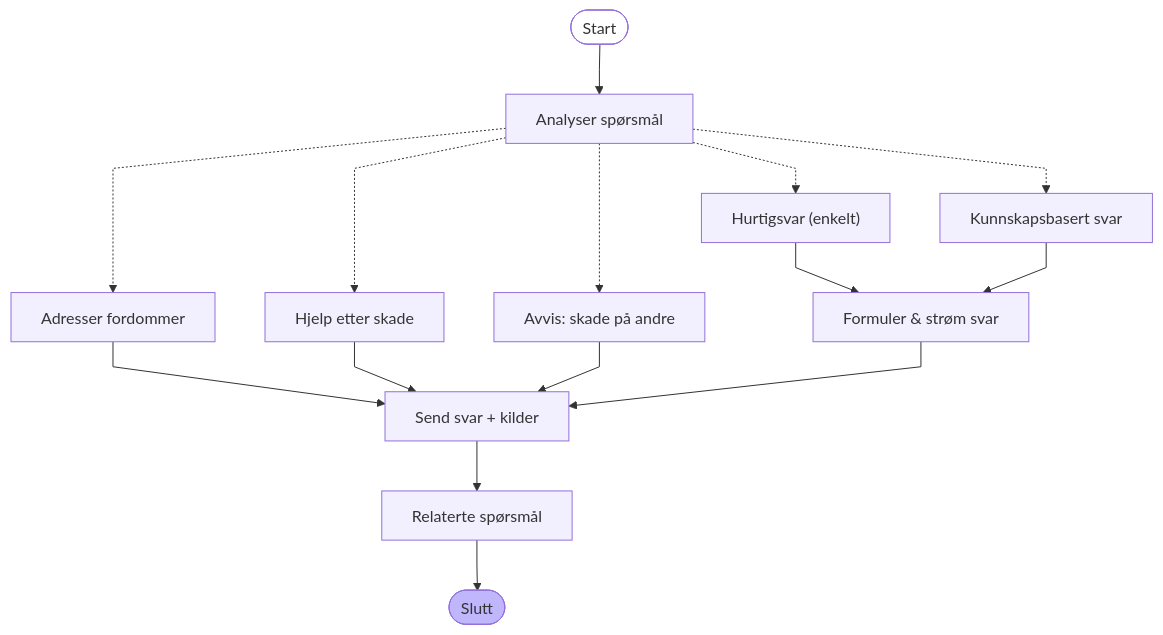
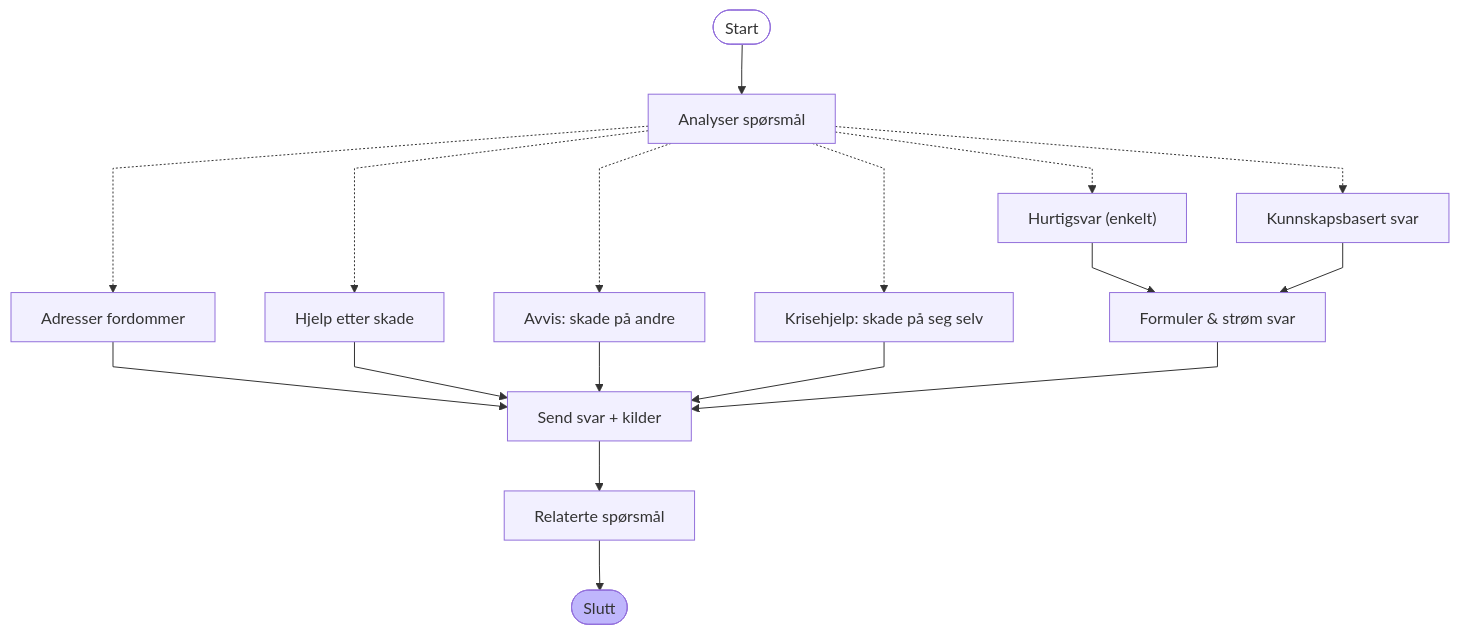
The diagram in docs/graph.no.mmd (cgoul-code/helsesvar-chatbot-server-mini), drawn with Mermaid before and after one commit. The commit also changed 28 other files, not shown here.

```diff
--- a/docs/graph.no.mmd
+++ b/docs/graph.no.mmd
@@ -1,34 +1,37 @@
 ---
 config:
   flowchart:
     curve: linear
 ---
 graph TD;
 	__start__([<p>Start</p>]):::first
 	analyze_query["Analyser spørsmål"]
 	fast_single["Hurtigsvar (enkelt)"]
 	query_grounded["Kunnskapsbasert svar"]
 	synthesize_style_stream["Formuler &amp; strøm svar"]
 	emit_query_answer_references["Send svar + kilder"]
 	related_queries_dialog_from_query["Relaterte spørsmål"]
 	refuse_harm_to_others["Avvis: skade på andre"]
 	help_after_harm["Hjelp etter skade"]
 	address_prejudice["Adresser fordommer"]
+	respond_self_harm["Krisehjelp: skade på seg selv"]
 	__end__([<p>Slutt</p>]):::last
 	__start__ --> analyze_query;
 	address_prejudice --> emit_query_answer_references;
 	analyze_query -.-> address_prejudice;
 	analyze_query -.-> fast_single;
 	analyze_query -.-> help_after_harm;
 	analyze_query -.-> query_grounded;
 	analyze_query -.-> refuse_harm_to_others;
+	analyze_query -.-> respond_self_harm;
 	emit_query_answer_references --> related_queries_dialog_from_query;
 	fast_single --> synthesize_style_stream;
 	help_after_harm --> emit_query_answer_references;
 	query_grounded --> synthesize_style_stream;
 	refuse_harm_to_others --> emit_query_answer_references;
+	respond_self_harm --> emit_query_answer_references;
 	synthesize_style_stream --> emit_query_answer_references;
 	related_queries_dialog_from_query --> __end__;
 	classDef default fill:#f2f0ff,line-height:1.2
 	classDef first fill-opacity:0
 	classDef last fill:#bfb6fc
```
